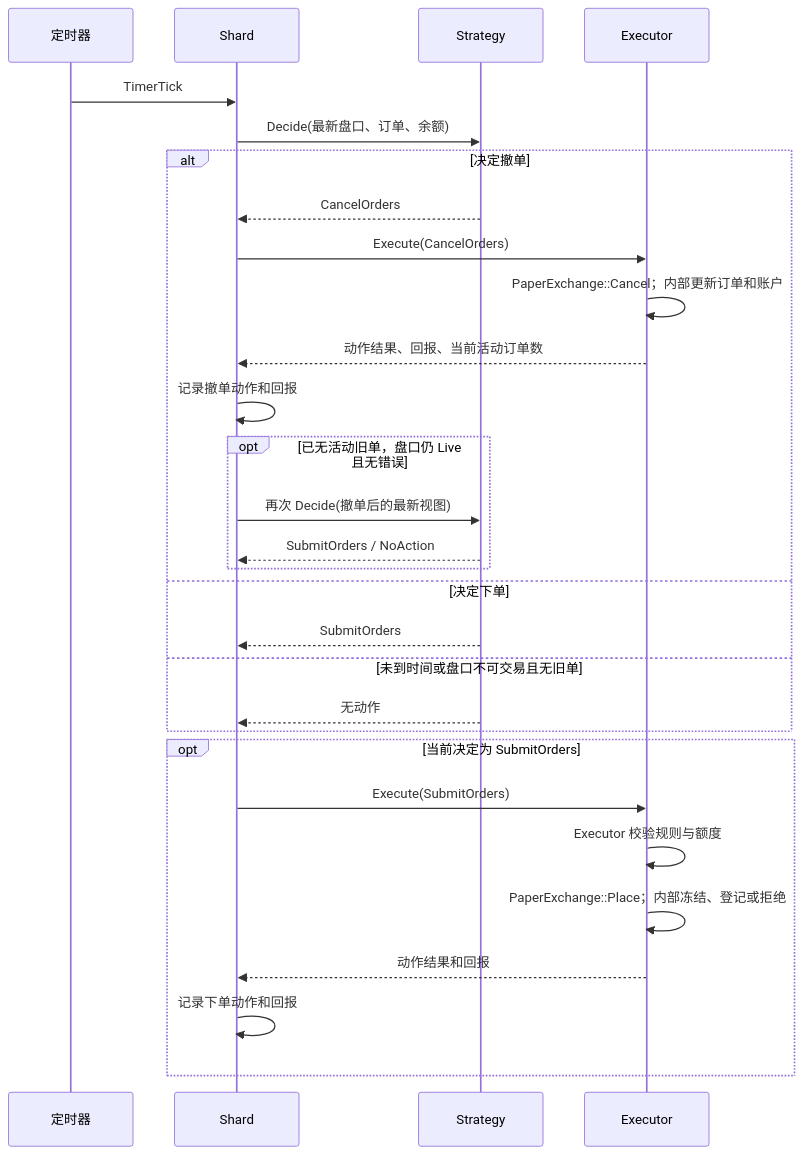
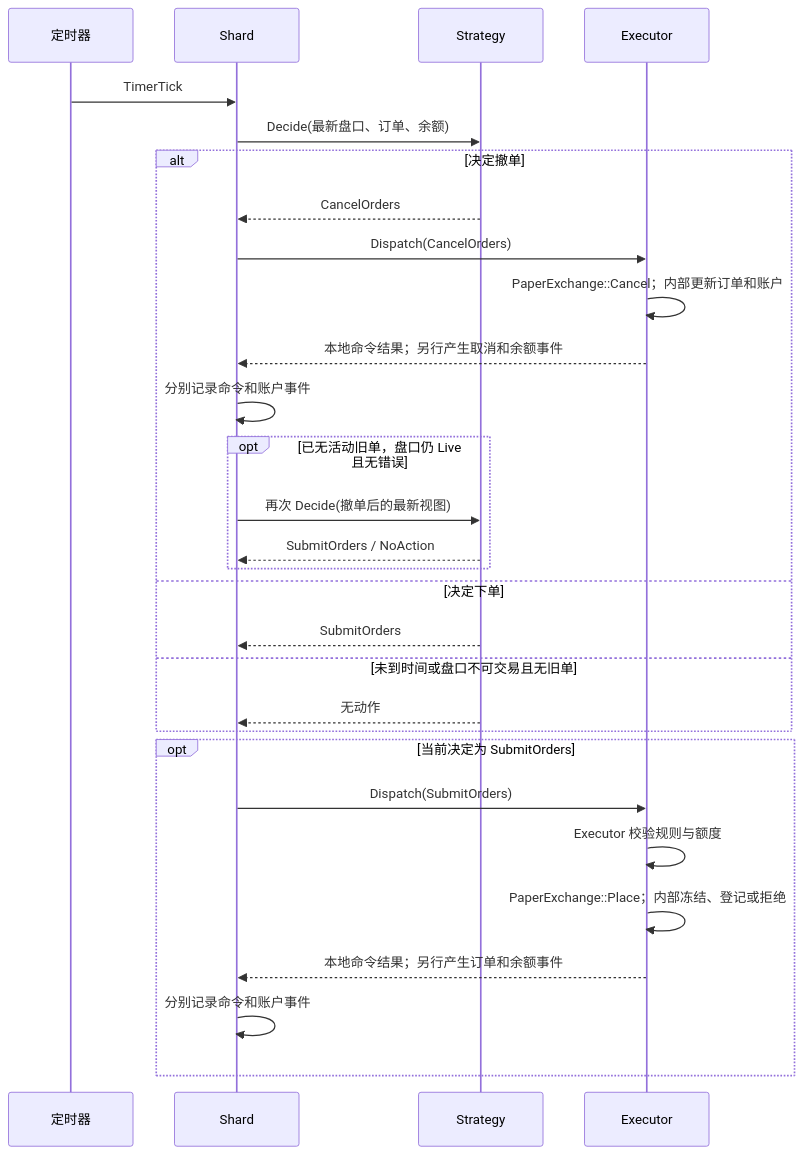
One commit to larrystd/hbot-quant changed the seventh of 10 diagrams in docs/DESIGN.md. Above: the diagram before and after it, drawn with Mermaid. The commit also changed other lines of this file and 206 other files, not shown here.

```diff
--- a/docs/DESIGN.md
+++ b/docs/DESIGN.md
@@ -383,31 +394,31 @@
 ~~~mermaid
 sequenceDiagram
     participant T as 定时器
     participant S as Shard
     participant P as Strategy
     participant E as Executor
     T->>S: TimerTick
     S->>P: Decide(最新盘口、订单、余额)
     alt 决定撤单
         P-->>S: CancelOrders
-        S->>E: Execute(CancelOrders)
+        S->>E: Dispatch(CancelOrders)
         E->>E: PaperExchange::Cancel；内部更新订单和账户
-        E-->>S: 动作结果、回报、当前活动订单数
-        S->>S: 记录撤单动作和回报
+        E-->>S: 本地命令结果；另行产生取消和余额事件
+        S->>S: 分别记录命令和账户事件
         opt 已无活动旧单，盘口仍 Live 且无错误
             S->>P: 再次 Decide(撤单后的最新视图)
             P-->>S: SubmitOrders / NoAction
         end
     else 决定下单
         P-->>S: SubmitOrders
     else 未到时间或盘口不可交易且无旧单
         P-->>S: 无动作
     end
     opt 当前决定为 SubmitOrders
-        S->>E: Execute(SubmitOrders)
+        S->>E: Dispatch(SubmitOrders)
         E->>E: Executor 校验规则与额度
         E->>E: PaperExchange::Place；内部冻结、登记或拒绝
-        E-->>S: 动作结果和回报
-        S->>S: 记录下单动作和回报
+        E-->>S: 本地命令结果；另行产生订单和余额事件
+        S->>S: 分别记录命令和账户事件
     end
 ~~~
```
